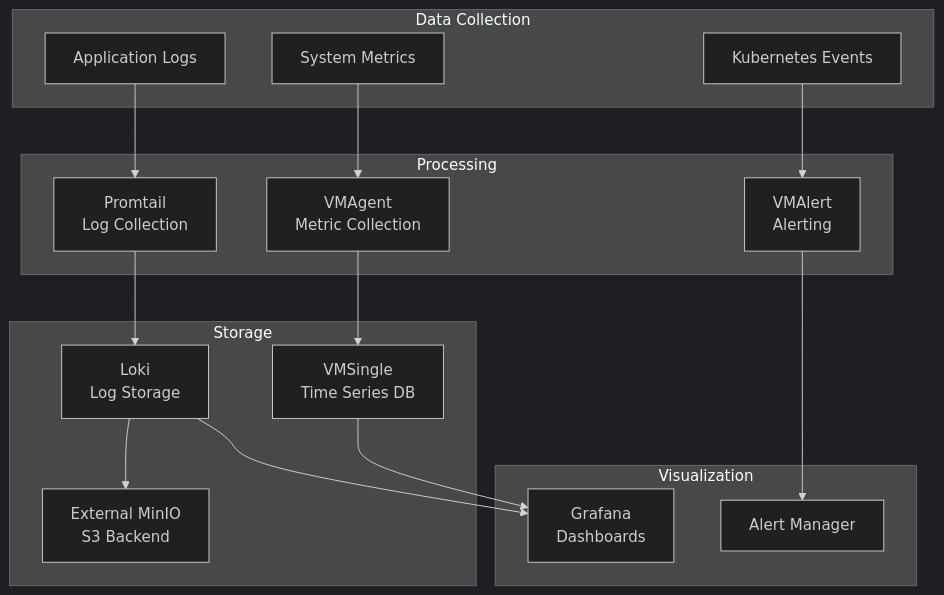
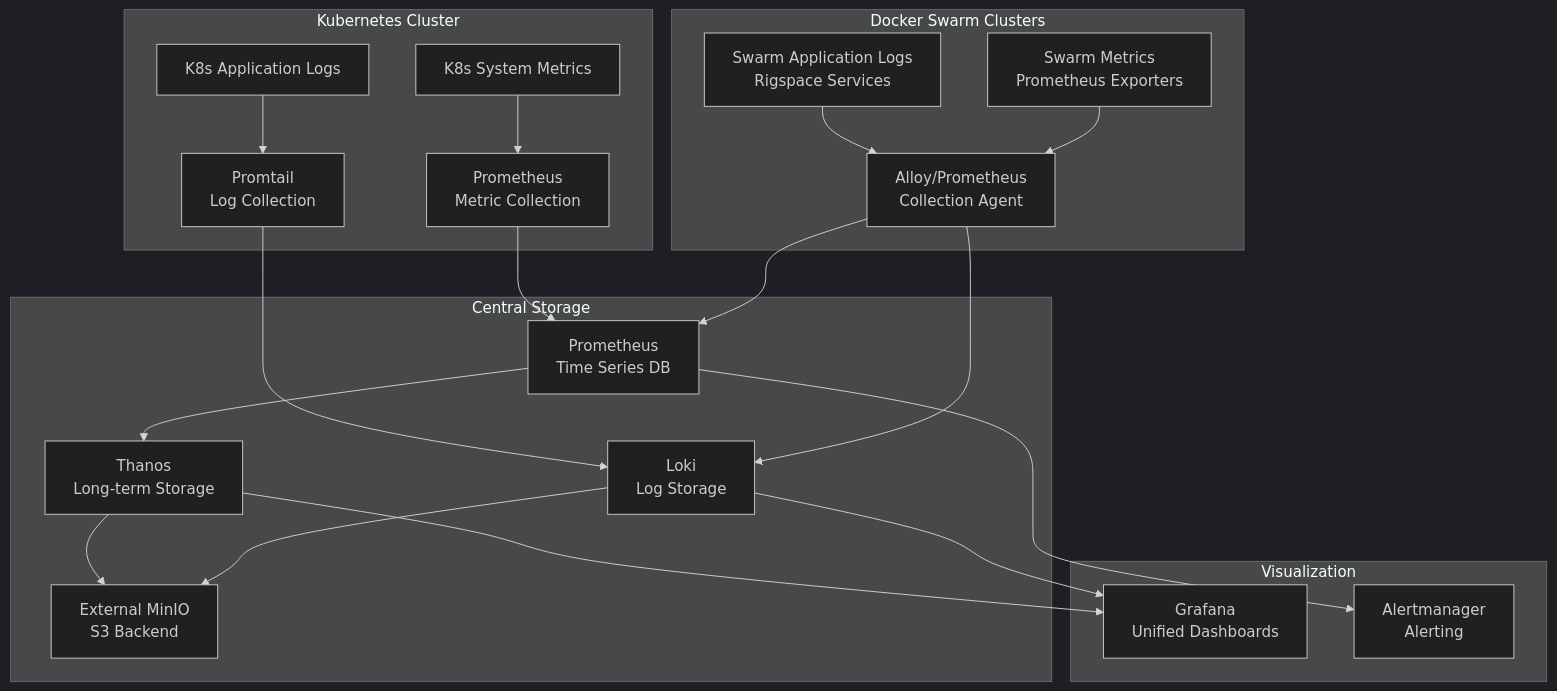
Diagram 12 of 15 in slides.md (Saske912/presentation), drawn with Mermaid (dark theme) before and after one commit. The commit also changed other lines of this file and 2 other files, not shown here.

Commit message:
Add architecture documentation for Rigspace platform and create compact presentation slides. The new files detail the platform's microservices architecture, technology stack, and integration with Kubernetes and Docker Swarm, enhancing clarity and organization for better understanding of the system.

````diff
--- a/slides.md
+++ b/slides.md
@@ -757,37 +915,44 @@
 ```mermaid
 graph TB
-    subgraph "Data Collection"
-        LOGS[Application Logs]
-        METRICS[System Metrics]
-        EVENTS[Kubernetes Events]
+    subgraph "Kubernetes Cluster"
+        K8S_LOGS[K8s Application Logs]
+        K8S_METRICS[K8s System Metrics]
+        PROMTAIL[Promtail<br/>Log Collection]
+        PROM_K8S[Prometheus<br/>Metric Collection]
     end
     
-    subgraph "Processing"
-        PROMTAIL[Promtail<br/>Log Collection]
-        VMAGENT[VMAgent<br/>Metric Collection]
-        ALERT[VMAlert<br/>Alerting]
+    subgraph "Docker Swarm Clusters"
+        SWARM_LOGS[Swarm Application Logs<br/>Rigspace Services]
+        SWARM_METRICS[Swarm Metrics<br/>Prometheus Exporters]
+        ALLOY[Alloy/Prometheus<br/>Collection Agent]
     end
     
-    subgraph "Storage"
-        VMSINGLE[VMSingle<br/>Time Series DB]
+    subgraph "Central Storage"
+        PROM[Prometheus<br/>Time Series DB]
+        THANOS[Thanos<br/>Long-term Storage]
         LOKI[Loki<br/>Log Storage]
         EXT_MINIO[External MinIO<br/>S3 Backend]
     end
     
     subgraph "Visualization"
-        GRAFANA[Grafana<br/>Dashboards]
-        ALERTS[Alert Manager]
+        GRAFANA[Grafana<br/>Unified Dashboards]
+        ALERTMANAGER[Alertmanager<br/>Alerting]
     end
     
-    LOGS --> PROMTAIL
-    METRICS --> VMAGENT
-    EVENTS --> ALERT
+    K8S_LOGS --> PROMTAIL
+    K8S_METRICS --> PROM_K8S
+    SWARM_LOGS --> ALLOY
+    SWARM_METRICS --> ALLOY
     
     PROMTAIL --> LOKI
-    VMAGENT --> VMSINGLE
-    ALERT --> ALERTS
+    PROM_K8S --> PROM
+    ALLOY --> LOKI
+    ALLOY --> PROM
     
+    PROM --> THANOS
+    THANOS --> EXT_MINIO
     LOKI --> EXT_MINIO
-    VMSINGLE --> GRAFANA
+    THANOS --> GRAFANA
     LOKI --> GRAFANA
+    PROM --> ALERTMANAGER
 ```
````
